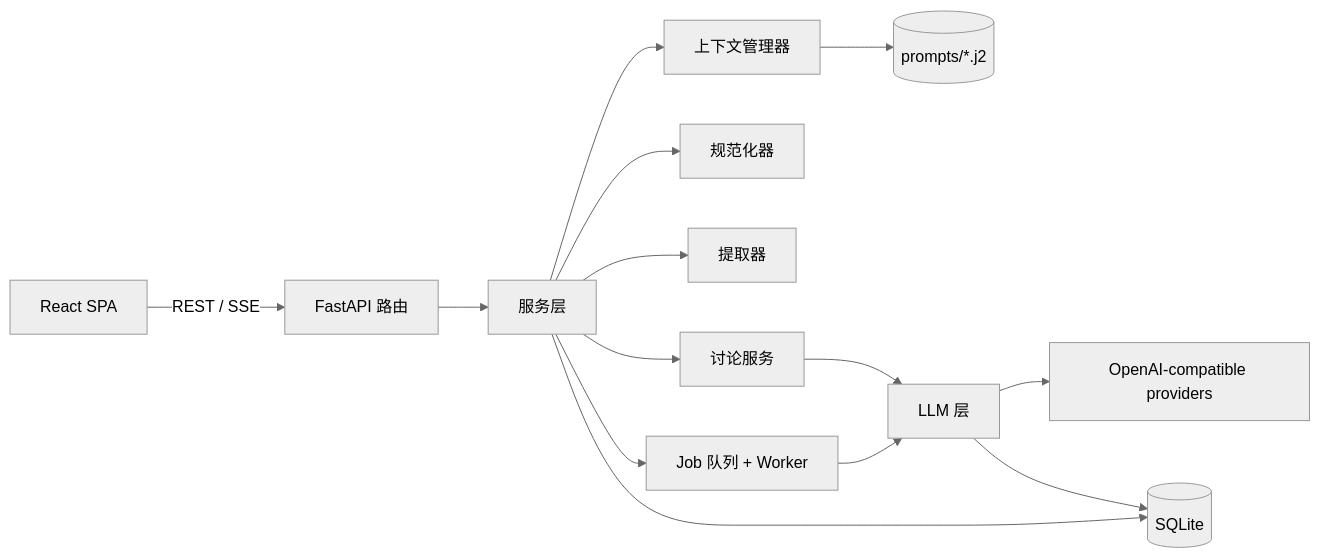
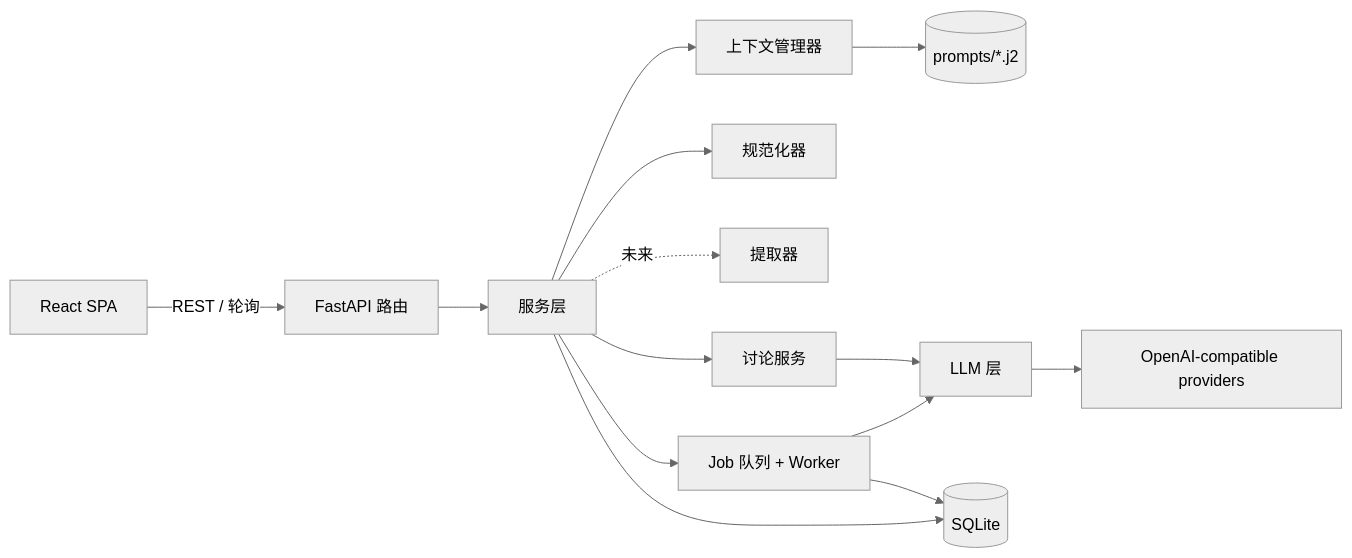
Before and after one commit to 5945ggh/folio-j: the first of 3 diagrams in docs/ARCHITECTURE.md, drawn with Mermaid (neutral theme). The commit also changed other lines of this file and 12 other files, not shown here.

````diff
--- a/docs/ARCHITECTURE.md
+++ b/docs/ARCHITECTURE.md
@@ -8,16 +8,16 @@
 ```mermaid
 flowchart LR
-  UI[React SPA] -- REST / SSE --> API[FastAPI 路由]
+  UI[React SPA] -- REST / 轮询 --> API[FastAPI 路由]
   API --> SVC[服务层]
   SVC --> CTX[上下文管理器]
   SVC --> NORM[规范化器]
-  SVC --> EXT[提取器]
+  SVC -. 未来 .-> EXT[提取器]
   SVC --> CHAT[讨论服务]
   SVC --> JOBS[Job 队列 + Worker]
   CTX --> PROMPTS[(prompts/*.j2)]
   JOBS --> LLM[LLM 层]
   CHAT --> LLM
   LLM --> PROV[OpenAI-compatible providers]
   SVC --> DB[(SQLite)]
-  LLM --> DB
+  JOBS --> DB
 ```
````
